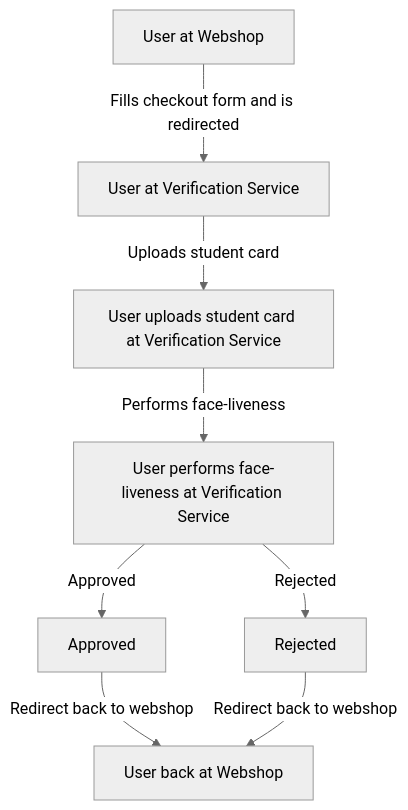
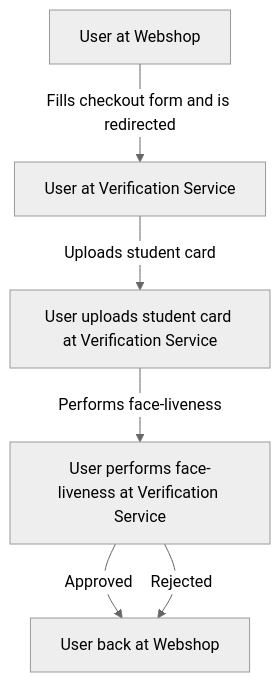
The diagram in docs/DESIGN.md (pierre-jezegou/kys), drawn with Mermaid (neutral theme) before and after one commit.

Commit message:
Remove seperate approve and deny nodes

````diff
--- a/docs/DESIGN.md
+++ b/docs/DESIGN.md
@@ -18,18 +18,14 @@
 ```mermaid
 flowchart TB
     userAtWebshop[User at Webshop]
     userAtVerificationService[User at Verification Service]
     userUploadsStudentCard[User uploads student card at Verification Service]
     userPerformsFaceLiveness[User performs face-liveness at Verification Service]
-    approved[Approved]
-    rejected[Rejected]
     userBackAtWebshop[User back at Webshop]
 
     userAtWebshop -->|Fills checkout form and is redirected| userAtVerificationService
     userAtVerificationService -->|Uploads student card| userUploadsStudentCard
     userUploadsStudentCard -->|Performs face-liveness| userPerformsFaceLiveness
-    userPerformsFaceLiveness -->|Approved| approved
-    userPerformsFaceLiveness -->|Rejected| rejected
-    approved -->|Redirect back to webshop| userBackAtWebshop
-    rejected -->|Redirect back to webshop| userBackAtWebshop
+    userPerformsFaceLiveness -->|Approved| userBackAtWebshop
+    userPerformsFaceLiveness -->|Rejected| userBackAtWebshop
 ```
````
